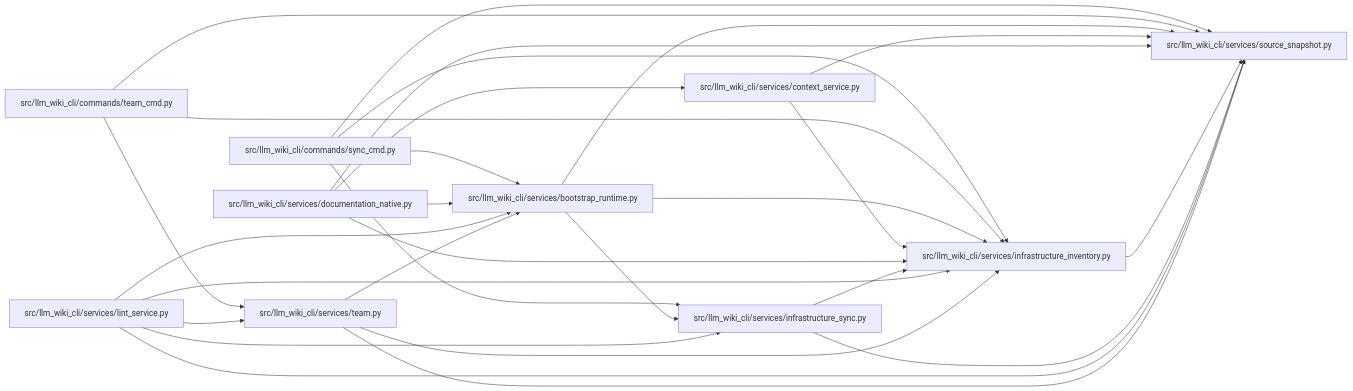
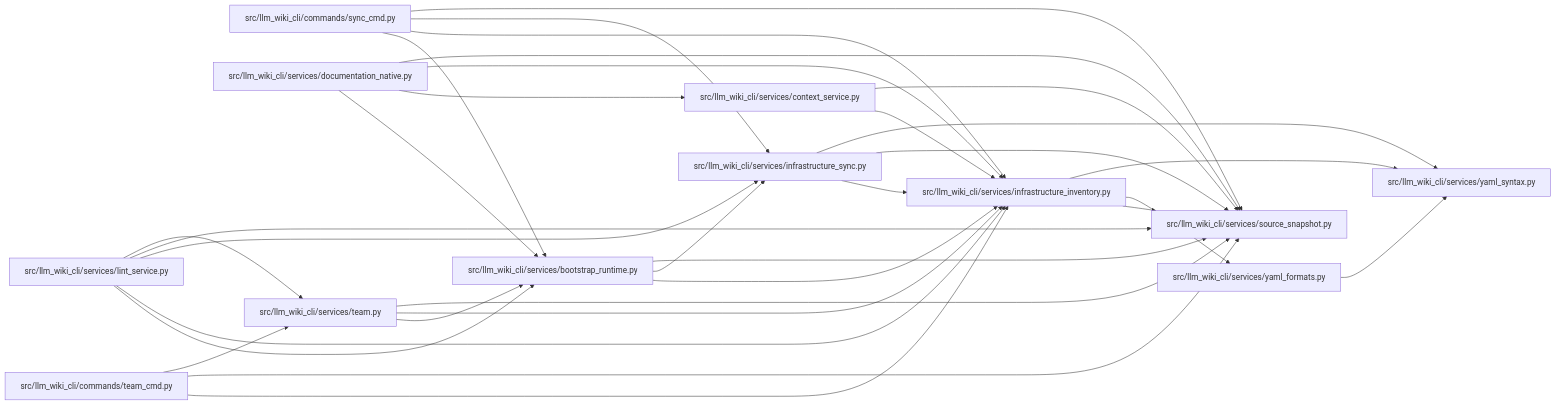
The diagram in docs/llm_wiki/modules/infrastructure_inventory.md (Denissvgn/python-wiki-llm), drawn with Mermaid before and after one commit. The commit also changed other lines of this file and 512 other files, not shown here.

Commit message:
docs(wiki): document structured YAML coverage and limits

````diff
--- a/docs/llm_wiki/modules/infrastructure_inventory.md
+++ b/docs/llm_wiki/modules/infrastructure_inventory.md
@@ -21,50 +32,58 @@
 ```mermaid
 flowchart LR
     n0["src/llm_wiki_cli/commands/sync_cmd.py"]
     n1["src/llm_wiki_cli/commands/team_cmd.py"]
     n2["src/llm_wiki_cli/services/bootstrap_runtime.py"]
     n3["src/llm_wiki_cli/services/context_service.py"]
     n4["src/llm_wiki_cli/services/documentation_native.py"]
     n5["src/llm_wiki_cli/services/infrastructure_inventory.py"]
     n6["src/llm_wiki_cli/services/infrastructure_sync.py"]
     n7["src/llm_wiki_cli/services/lint_service.py"]
     n8["src/llm_wiki_cli/services/source_snapshot.py"]
     n9["src/llm_wiki_cli/services/team.py"]
+    n10["src/llm_wiki_cli/services/yaml_formats.py"]
+    n11["src/llm_wiki_cli/services/yaml_syntax.py"]
     n0 --> n2
     n0 --> n5
     n0 --> n6
     n0 --> n8
     n1 --> n5
     n1 --> n8
     n1 --> n9
     n2 --> n5
     n2 --> n6
     n2 --> n8
     n3 --> n5
     n3 --> n8
     n4 --> n2
     n4 --> n3
     n4 --> n5
     n4 --> n8
     n5 --> n8
+    n5 --> n10
+    n5 --> n11
     n6 --> n5
     n6 --> n8
+    n6 --> n11
     n7 --> n2
     n7 --> n5
     n7 --> n6
     n7 --> n8
     n7 --> n9
     n9 --> n2
     n9 --> n5
     n9 --> n8
+    n10 --> n11
     click n0 "../modules/sync_cmd.md"
     click n1 "../modules/team_cmd.md"
     click n2 "../modules/bootstrap_runtime.md"
     click n3 "../modules/context_service.md"
     click n4 "../modules/documentation_native.md"
     click n5 "../modules/infrastructure_inventory.md"
     click n6 "../modules/infrastructure_sync.md"
     click n7 "../modules/lint_service.md"
     click n8 "../modules/source_snapshot.md"
     click n9 "../modules/team.md"
+    click n10 "../modules/yaml_formats.md"
+    click n11 "../modules/yaml_syntax.md"
 ```
````
